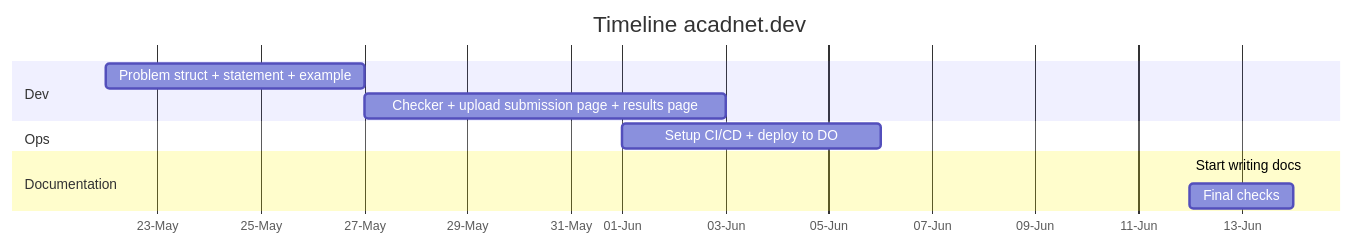
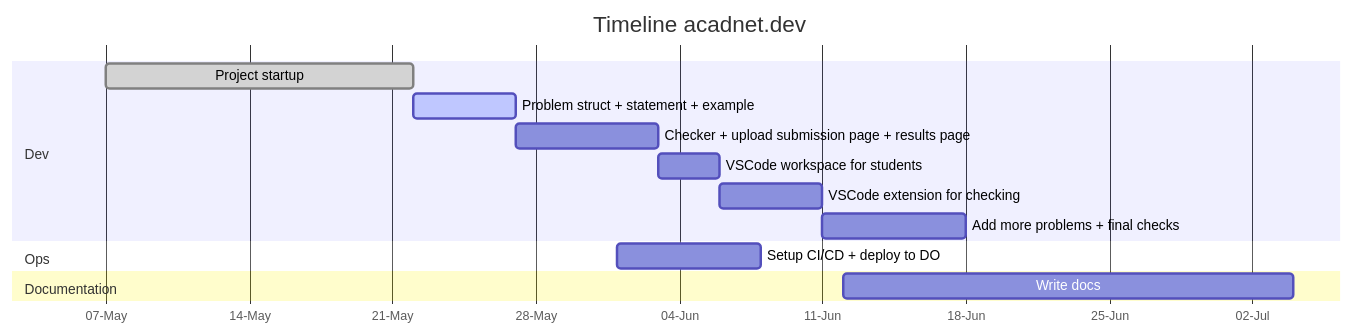
Before and after one commit to acadnet-dev/docs: the diagram in README.md, drawn with Mermaid.

Commit message:
done timeline

````diff
--- a/README.md
+++ b/README.md
@@ -12,13 +12,16 @@
 ```mermaid
 gantt
     title Timeline acadnet.dev
     axisFormat %d-%b
     section Dev
-    Problem struct + statement + example                :a1, 2023-05-22, 5d
-    Checker + upload submission page + results page     :after a1, 1w
+    Project startup                                     :done, a0, 2023-05-07, 15d
+    Problem struct + statement + example                :active, a1, 2023-05-22, 5d
+    Checker + upload submission page + results page     :a11, after a1, 1w
+    VSCode workspace for students                       :a12, after a11, 3d
+    VSCode extension for checking                       :a13, after a12, 5d
+    Add more problems + final checks                    :after a13, 1w
     section Ops
-    Setup CI/CD + deploy to DO                          :a2, 2023-06-01, 5d
+    Setup CI/CD + deploy to DO                          :a2, 2023-06-01, 1w
     section Documentation
-    Start writing docs                                  :a3, 2023-06-12, 2023-06-24
-    Final checks                                        :after a3, 2d
+    Write docs                                          :a3, 2023-06-12, 22d
 ```
````
